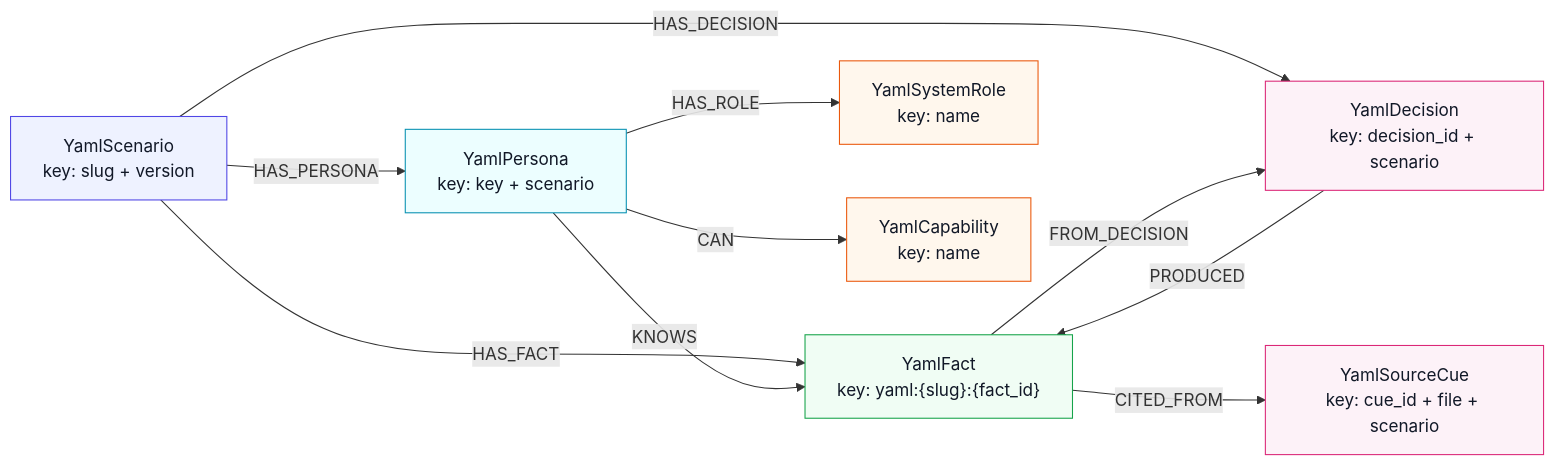
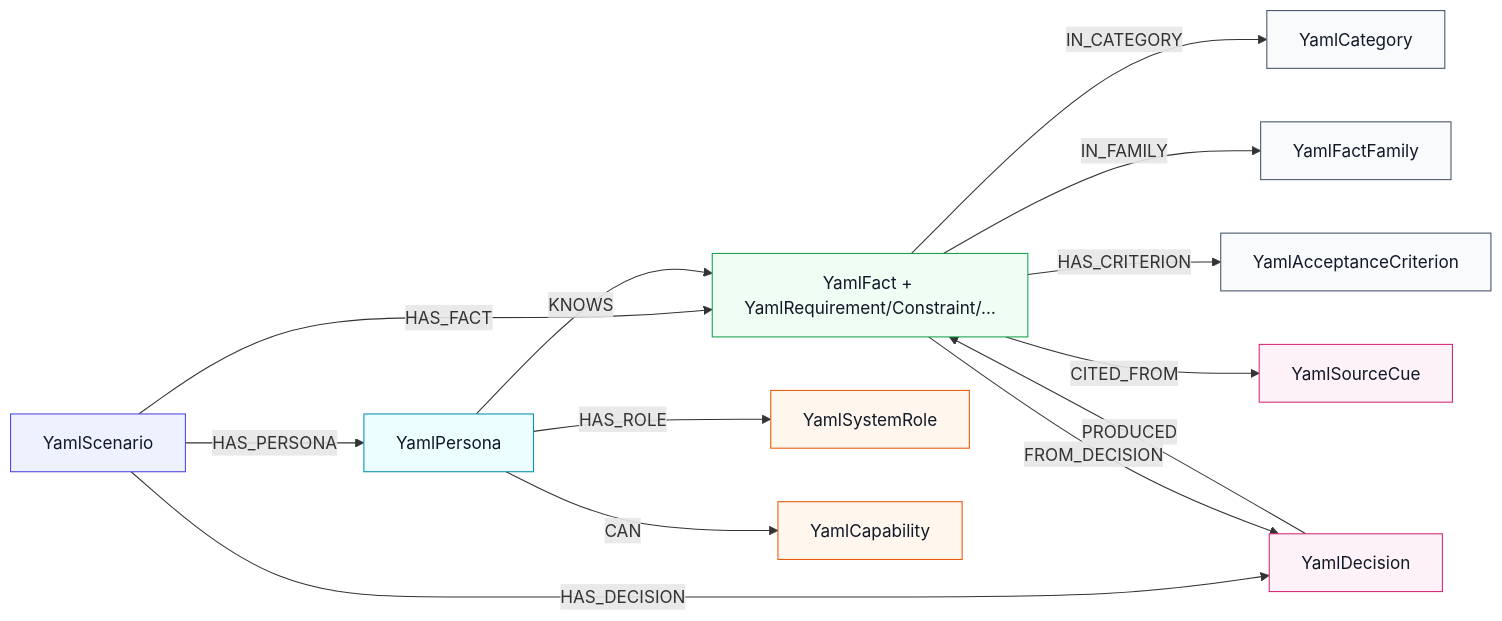
One commit to Snickdx/sellm changed the diagram in docs/YAML_GRAPH_MODEL.md. Above: the diagram before and after it, drawn with Mermaid. The commit also changed other lines of this file and 3 other files, not shown here.

Commit message:
feat: translate YAML scenario facts into typed Neo4j domain graph

````diff
--- a/docs/YAML_GRAPH_MODEL.md
+++ b/docs/YAML_GRAPH_MODEL.md
@@ -35,26 +84,33 @@
 ```mermaid
 flowchart LR
     classDef pkg fill:#eef2ff,stroke:#4f46e5,color:#111827,stroke-width:1px;
     classDef actor fill:#ecfeff,stroke:#0891b2,color:#111827,stroke-width:1px;
     classDef knowledge fill:#f0fdf4,stroke:#16a34a,color:#111827,stroke-width:1px;
     classDef governance fill:#fff7ed,stroke:#ea580c,color:#111827,stroke-width:1px;
     classDef provenance fill:#fdf2f8,stroke:#db2777,color:#111827,stroke-width:1px;
+    classDef domain fill:#f8fafc,stroke:#475569,color:#111827,stroke-width:1px;
 
-    SC["YamlScenario<br/>key: slug + version"]:::pkg
-    PE["YamlPersona<br/>key: key + scenario"]:::actor
-    FA["YamlFact<br/>key: yaml:{slug}:{fact_id}"]:::knowledge
-    SR["YamlSystemRole<br/>key: name"]:::governance
-    CP["YamlCapability<br/>key: name"]:::governance
-    DE["YamlDecision<br/>key: decision_id + scenario"]:::provenance
-    CU["YamlSourceCue<br/>key: cue_id + file + scenario"]:::provenance
+    SC["YamlScenario"]:::pkg
+    PE["YamlPersona"]:::actor
+    FA["YamlFact + YamlRequirement/Constraint/…"]:::knowledge
+    CAT["YamlCategory"]:::domain
+    FAM["YamlFactFamily"]:::domain
+    AC["YamlAcceptanceCriterion"]:::domain
+    SR["YamlSystemRole"]:::governance
+    CP["YamlCapability"]:::governance
+    DE["YamlDecision"]:::provenance
+    CU["YamlSourceCue"]:::provenance
 
     SC -- HAS_PERSONA --> PE
     SC -- HAS_FACT --> FA
     SC -- HAS_DECISION --> DE
     PE -- KNOWS --> FA
     PE -- HAS_ROLE --> SR
     PE -- CAN --> CP
+    FA -- IN_CATEGORY --> CAT
+    FA -- IN_FAMILY --> FAM
+    FA -- HAS_CRITERION --> AC
     FA -- FROM_DECISION --> DE
     DE -- PRODUCED --> FA
     FA -- CITED_FROM --> CU
 ```
````
